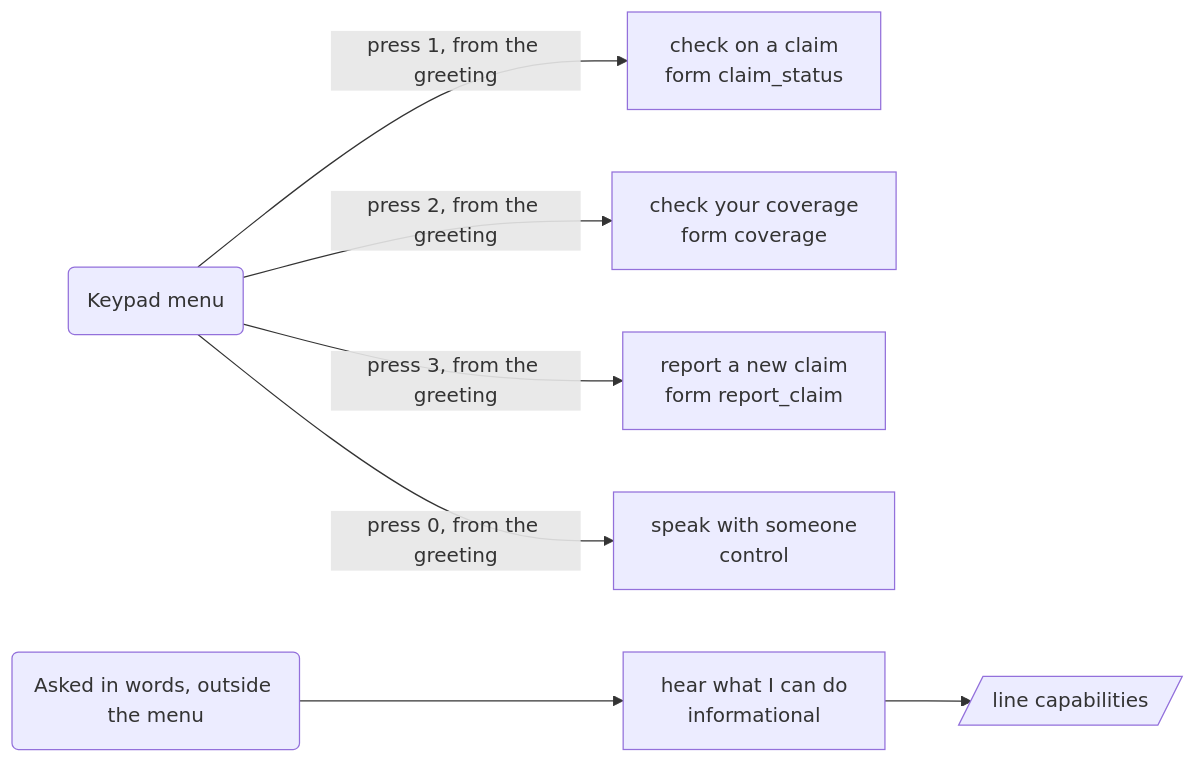
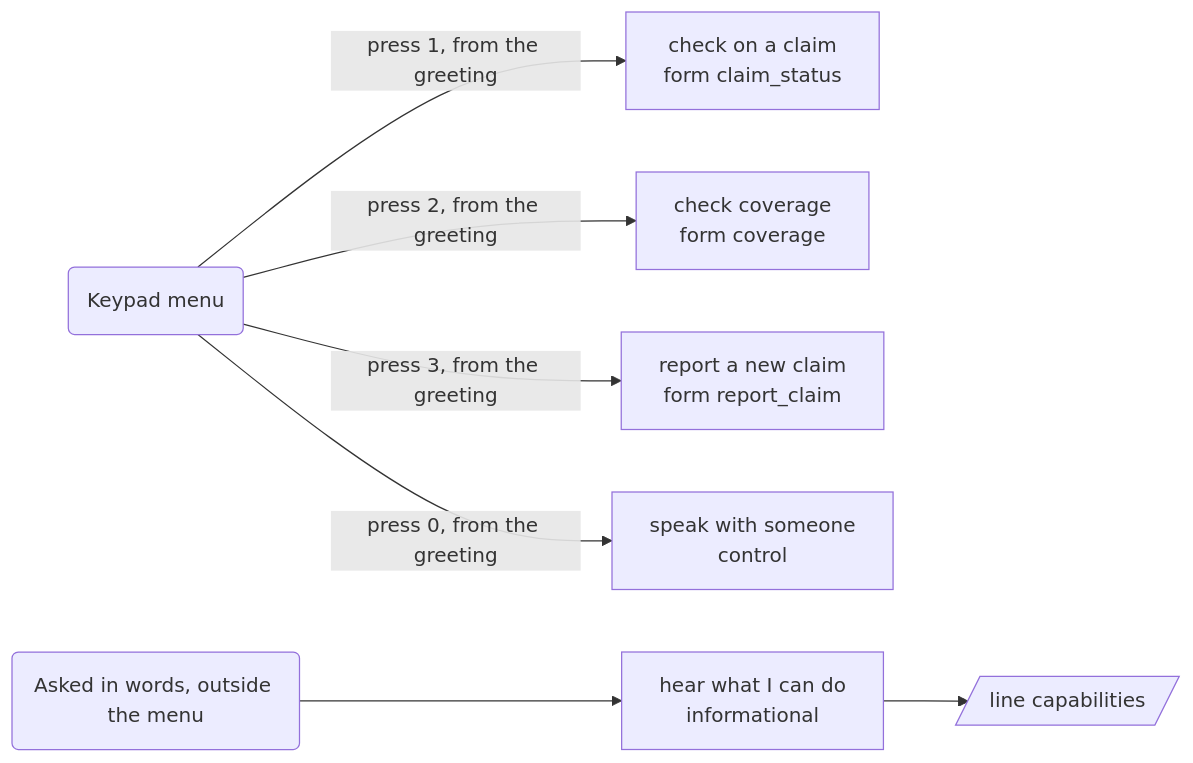
One commit to DialogWright/dialogwright changed the first of 4 diagrams in apps/harbor/APP-MAP.md. Above: the diagram before and after it, drawn with Mermaid. The commit also changed other lines of this file and 55 other files, not shown here.

````diff
--- a/apps/harbor/APP-MAP.md
+++ b/apps/harbor/APP-MAP.md
@@ -23,17 +23,17 @@
 ```mermaid
 flowchart LR
   menu("Keypad menu")
   i_claim_status["check on a claim<br/>form claim_status"]
   menu -->|"press 1, from the greeting"| i_claim_status
-  i_coverage["check your coverage<br/>form coverage"]
+  i_coverage["check coverage<br/>form coverage"]
   menu -->|"press 2, from the greeting"| i_coverage
   i_report_claim["report a new claim<br/>form report_claim"]
   menu -->|"press 3, from the greeting"| i_report_claim
   i_agent["speak with someone<br/>control"]
   menu -->|"press 0, from the greeting"| i_agent
   ask("Asked in words, outside the menu")
   i_capabilities["hear what I can do<br/>informational"]
   p_capabilities[/"line capabilities"/]
   i_capabilities --> p_capabilities
   ask --> i_capabilities
 ```
````
